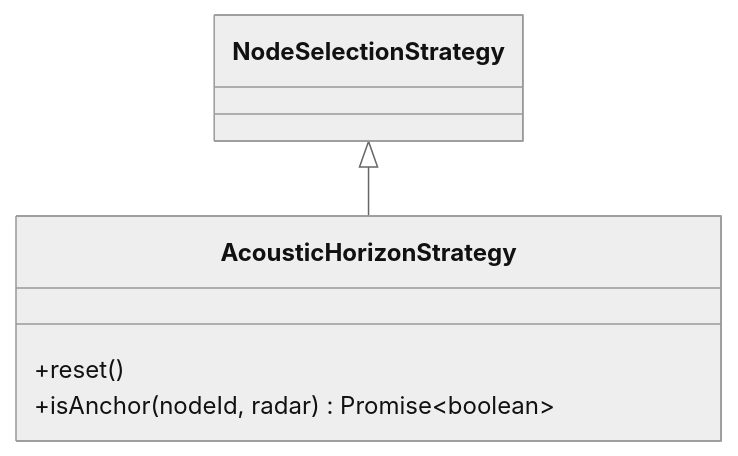
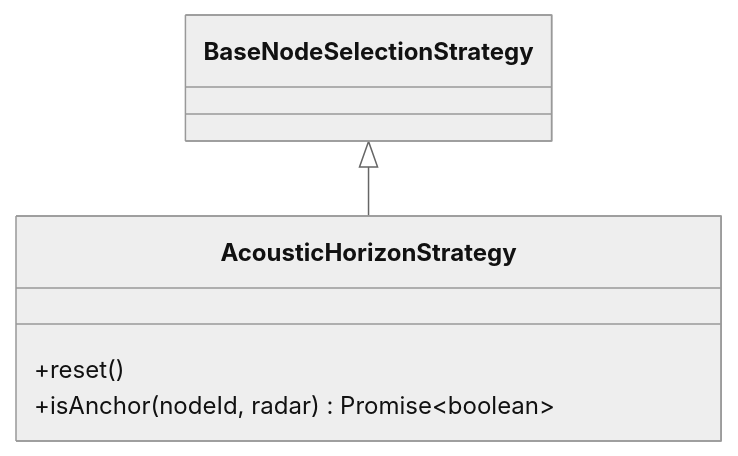
Diagram 31 of 49 in docs/CLIENT_DOCS.md (DrMarcoGilardi/BRANI-360), drawn with Mermaid (neutral theme) before and after one commit. The commit also changed other lines of this file and 2 other files, not shown here.

````diff
--- a/docs/CLIENT_DOCS.md
+++ b/docs/CLIENT_DOCS.md
@@ -1076,8 +1076,8 @@
 ```mermaid
 classDiagram
-NodeSelectionStrategy <|-- AcousticHorizonStrategy
+BaseNodeSelectionStrategy <|-- AcousticHorizonStrategy
 class AcousticHorizonStrategy{
 +reset()
 +isAnchor(nodeId, radar) Promise~boolean~
 }
 ```
````
